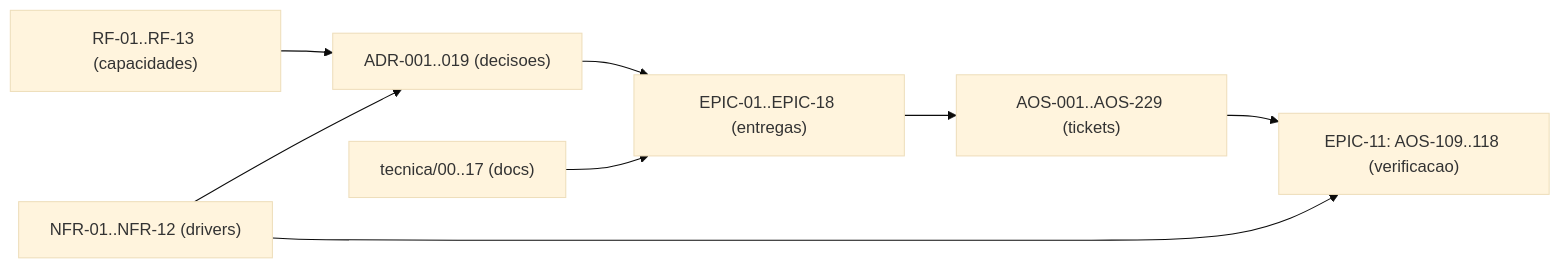
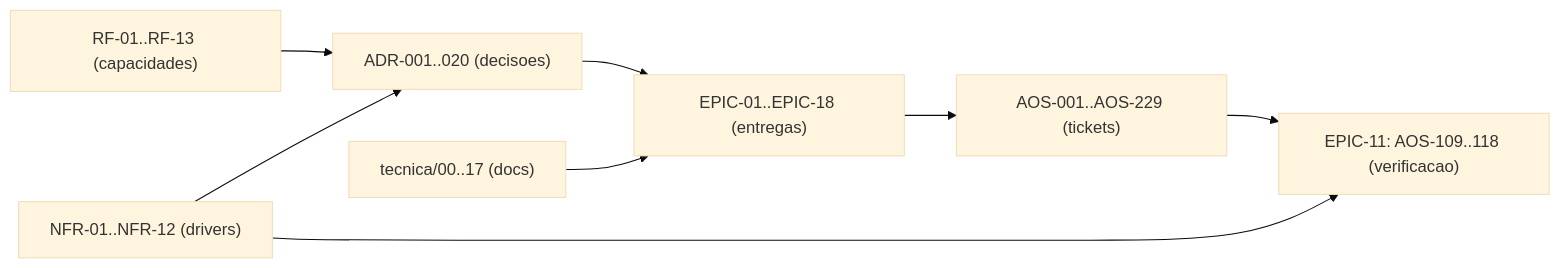
The diagram in tecnica/16_Rastreabilidade_RTM.md (albinoJimy/aos), drawn with Mermaid (base theme) before and after one commit. The commit also changed other lines of this file and 2 other files, not shown here.

First line of the commit message:
docs(AOS): ADR-020 planeador como agente governado

````diff
--- a/tecnica/16_Rastreabilidade_RTM.md
+++ b/tecnica/16_Rastreabilidade_RTM.md
@@ -175,10 +176,10 @@
 ```mermaid
 flowchart LR
-    RF["RF-01..RF-13 (capacidades)"] --> ADR["ADR-001..019 (decisoes)"]
+    RF["RF-01..RF-13 (capacidades)"] --> ADR["ADR-001..020 (decisoes)"]
     NFR["NFR-01..NFR-12 (drivers)"] --> ADR
     ADR --> EPIC["EPIC-01..EPIC-18 (entregas)"]
     EPIC --> TICK["AOS-001..AOS-229 (tickets)"]
     DOC["tecnica/00..17 (docs)"] --> EPIC
     TICK --> TEST["EPIC-11: AOS-109..118 (verificacao)"]
     NFR --> TEST
 ```
````
